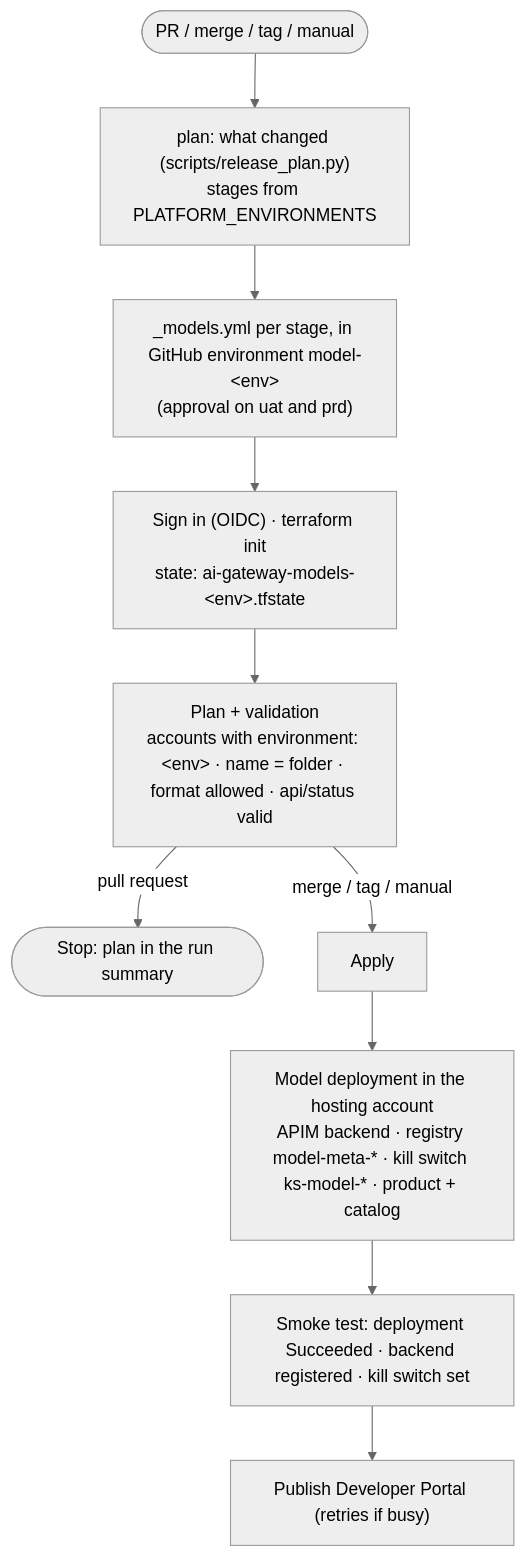
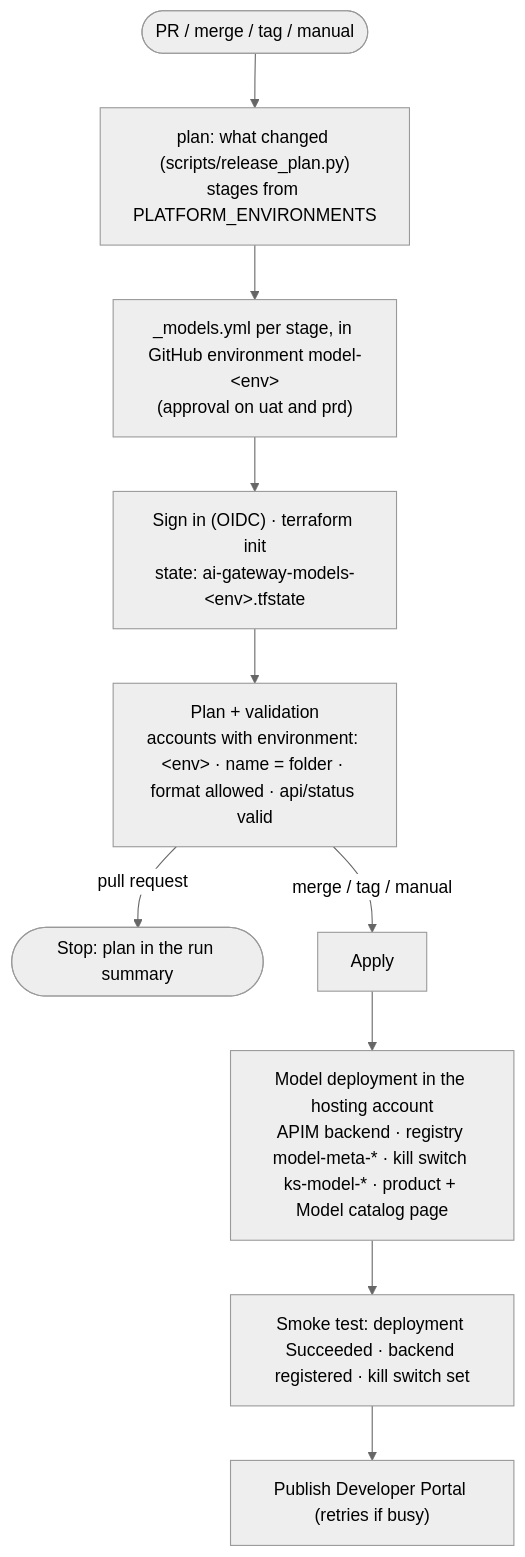
One commit to DeepuMM/ai-gateway changed the second of 2 diagrams in gateway/README.md. Above: the diagram before and after it, drawn with Mermaid (neutral theme). The commit also changed other lines of this file and 4 other files, not shown here.

First line of the commit message:
Model catalog as its own Developer Portal page (API "Model catalog"), not the product description

````diff
--- a/gateway/README.md
+++ b/gateway/README.md
@@ -74,12 +74,12 @@
 ```mermaid
 flowchart TD
   T([PR / merge / tag / manual]) --> D["plan: what changed (scripts/release_plan.py)<br/>stages from PLATFORM_ENVIRONMENTS"]
   D --> L["_models.yml per stage, in GitHub environment model-&lt;env&gt;<br/>(approval on uat and prd)"]
   L --> I["Sign in (OIDC) · terraform init<br/>state: ai-gateway-models-&lt;env&gt;.tfstate"]
   I --> P["Plan + validation<br/>accounts with environment: &lt;env&gt; · name = folder · format allowed · api/status valid"]
   P -->|pull request| S1([Stop: plan in the run summary])
   P -->|merge / tag / manual| A1["Apply"]
-  A1 --> R1["Model deployment in the hosting account<br/>APIM backend · registry model-meta-* · kill switch ks-model-* · product + catalog"]
+  A1 --> R1["Model deployment in the hosting account<br/>APIM backend · registry model-meta-* · kill switch ks-model-* · product + Model catalog page"]
   R1 --> SM["Smoke test: deployment Succeeded · backend registered · kill switch set"]
   SM --> PP["Publish Developer Portal (retries if busy)"]
 ```
````
